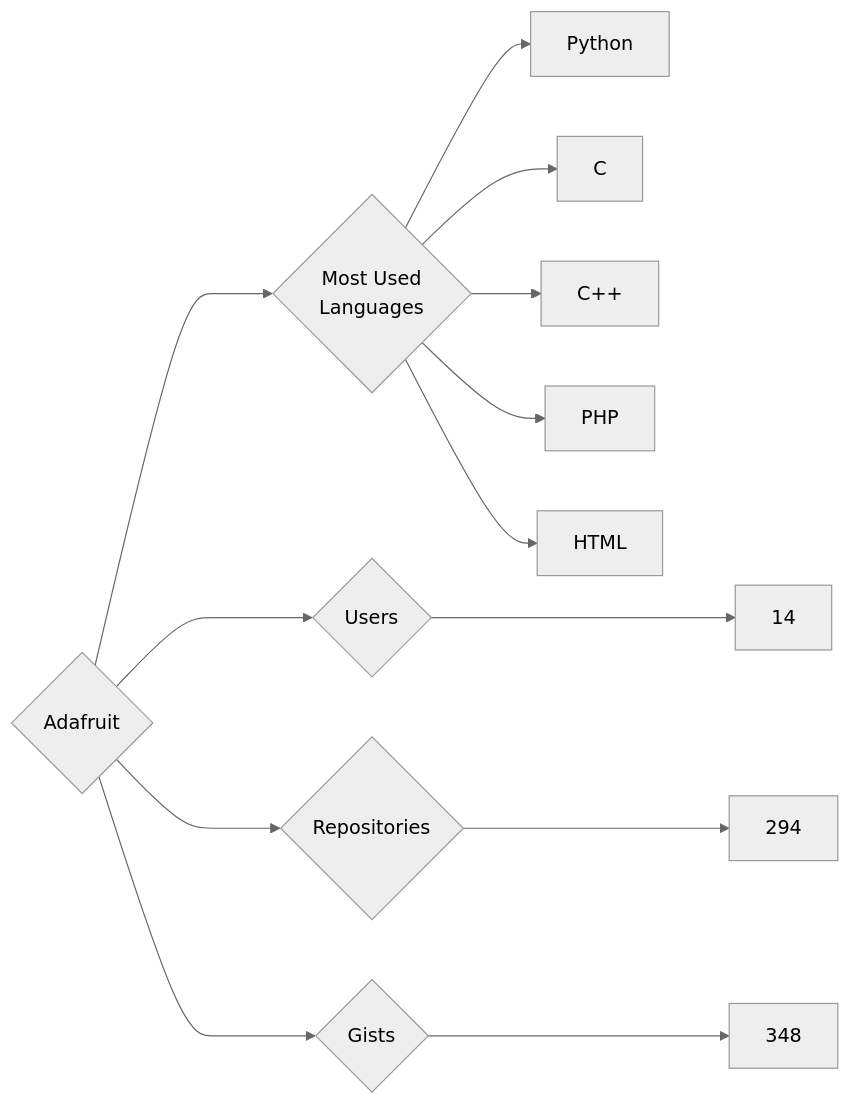
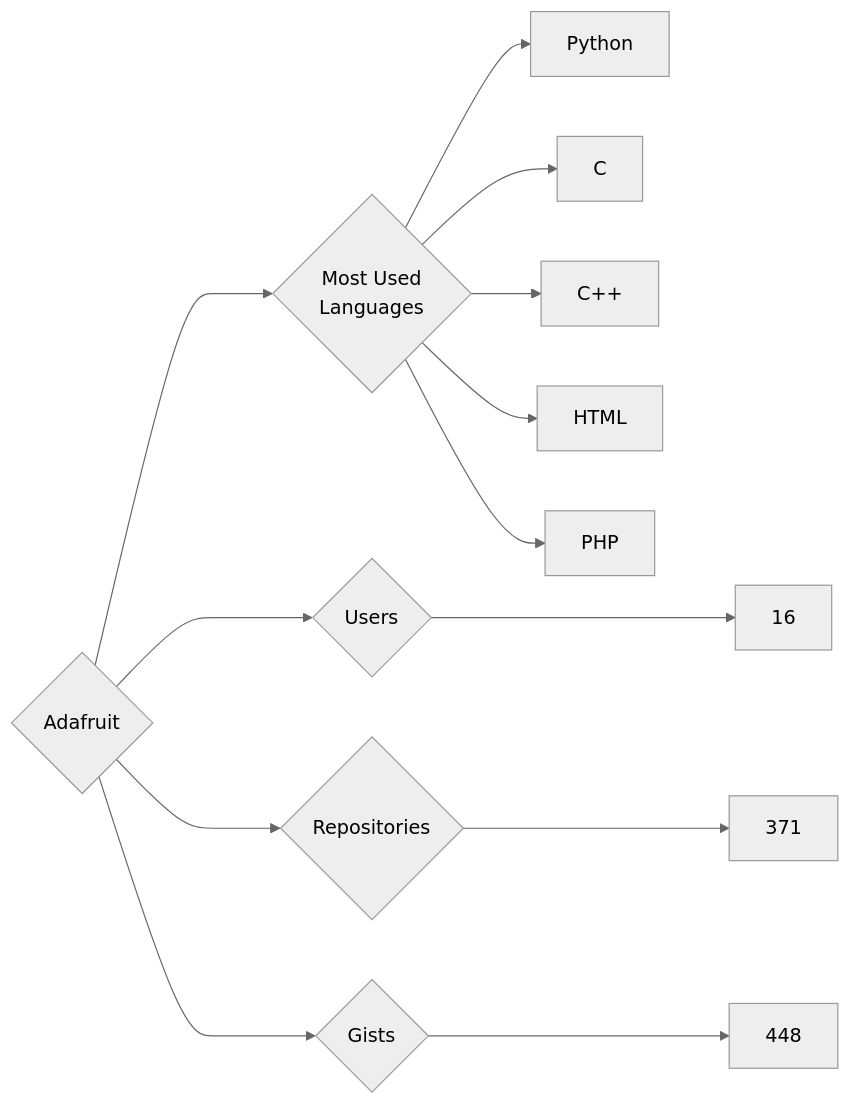
The diagram in targets/Adafruit/README.md (trickest/insiders), drawn with Mermaid (neutral theme) before and after one commit. The commit also changed 682 other files, not shown here.

````diff
--- a/targets/Adafruit/README.md
+++ b/targets/Adafruit/README.md
@@ -3,13 +3,13 @@
 ```mermaid
 graph LR
 COMPANY_NAME{Adafruit}
-COMPANY_NAME ---> U{Users} ---> UN[14]
-COMPANY_NAME ---> R{Repositories} ---> RN[294]
-COMPANY_NAME ---> G{Gists} ---> GN[348]
+COMPANY_NAME ---> U{Users} ---> UN[16]
+COMPANY_NAME ---> R{Repositories} ---> RN[371]
+COMPANY_NAME ---> G{Gists} ---> GN[448]
 COMPANY_NAME ---> ML{Most Used<br>Languages}
 ML --> Python[Python]
 ML --> C[C]
 ML --> C++[C++]
+ML --> HTML[HTML]
 ML --> PHP[PHP]
-ML --> HTML[HTML]
 ```
````
